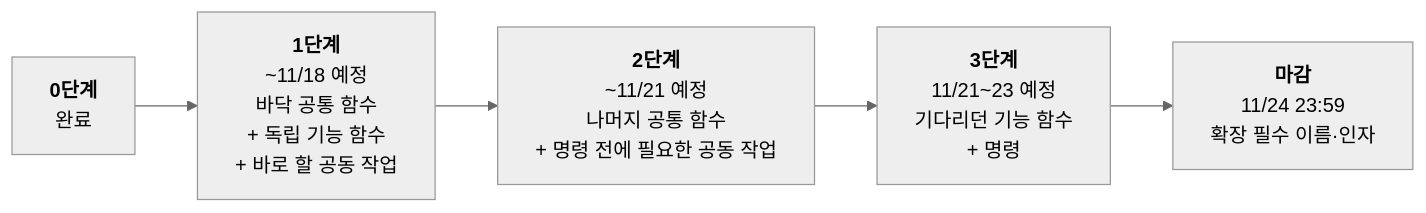
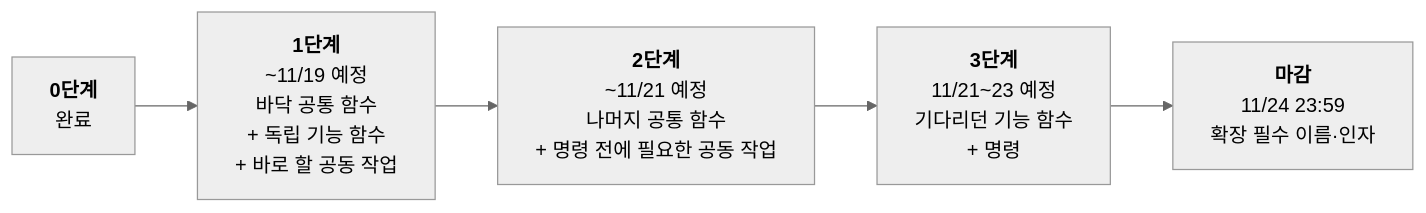
Before and after one commit to like-people/HI_PJ: the second of 2 diagrams in docs/제안발표.md, drawn with Mermaid (neutral theme). The commit also changed other lines of this file, not shown here.

````diff
--- a/docs/제안발표.md
+++ b/docs/제안발표.md
@@ -274,4 +274,4 @@
 ```mermaid
 flowchart LR
-    A["<b>0단계</b><br/>완료"] --> B["<b>1단계</b><br/>~11/18 예정<br/>바닥 공통 함수<br/>+ 독립 기능 함수<br/>+ 바로 할 공동 작업"] --> C["<b>2단계</b><br/>~11/21 예정<br/>나머지 공통 함수<br/>+ 명령 전에 필요한 공동 작업"] --> D["<b>3단계</b><br/>11/21~23 예정<br/>기다리던 기능 함수<br/>+ 명령"] --> E["<b>마감</b><br/>11/24 23:59<br/>확장 필수 이름·인자"]
+    A["<b>0단계</b><br/>완료"] --> B["<b>1단계</b><br/>~11/19 예정<br/>바닥 공통 함수<br/>+ 독립 기능 함수<br/>+ 바로 할 공동 작업"] --> C["<b>2단계</b><br/>~11/21 예정<br/>나머지 공통 함수<br/>+ 명령 전에 필요한 공동 작업"] --> D["<b>3단계</b><br/>11/21~23 예정<br/>기다리던 기능 함수<br/>+ 명령"] --> E["<b>마감</b><br/>11/24 23:59<br/>확장 필수 이름·인자"]
 ```
````
